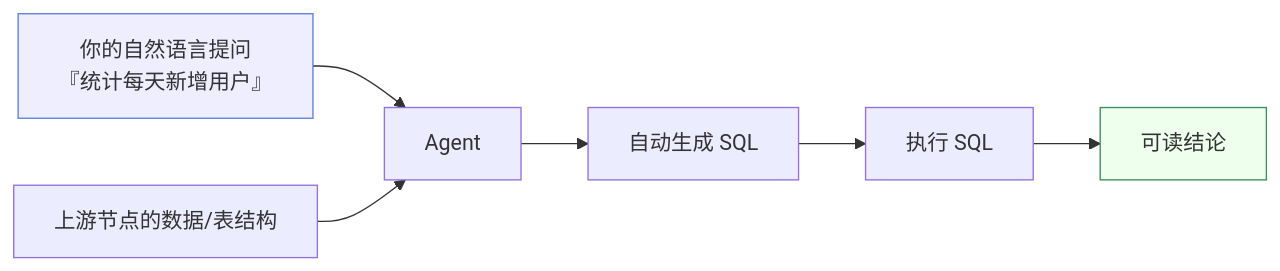
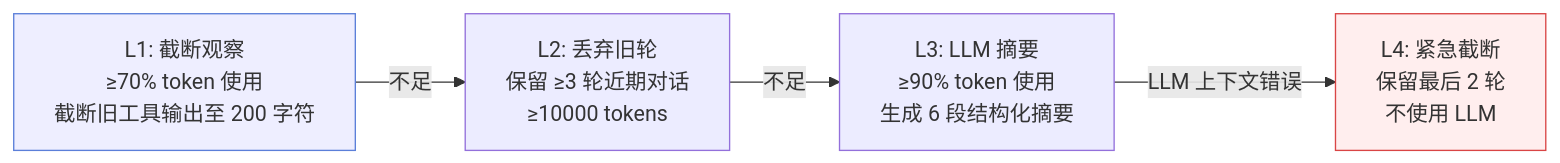
Before and after one commit to shixia9/MustBeTheSQL: the fourth of 5 diagrams in sql-logic-docs/docs/constructure/concepts.md, drawn with Mermaid. The commit also changed other lines of this file and 11 other files, not shown here.

````diff
--- a/sql-logic-docs/docs/constructure/concepts.md
+++ b/sql-logic-docs/docs/constructure/concepts.md
@@ -64,10 +96,8 @@
 ```mermaid
 flowchart LR
-  Q["你的自然语言提问<br/>『统计每天新增用户』"] --> Agent
-  Up["上游节点的数据/表结构"] --> Agent
-  Agent --> SQL["自动生成 SQL"]
-  SQL --> Run["执行 SQL"]
-  Run --> Out["可读结论"]
-  style Q fill:#eef,stroke:#5b7fd9
-  style Out fill:#efe,stroke:#3b8c5e
+  L1["L1: 截断观察<br/>≥70% token 使用<br/>截断旧工具输出至 200 字符"] -->|"不足"| L2["L2: 丢弃旧轮<br/>保留 ≥3 轮近期对话<br/>≥10000 tokens"]
+  L2 -->|"不足"| L3["L3: LLM 摘要<br/>≥90% token 使用<br/>生成 6 段结构化摘要"]
+  L3 -->|"LLM 上下文错误"| L4["L4: 紧急截断<br/>保留最后 2 轮<br/>不使用 LLM"]
+  style L1 fill:#eef,stroke:#5b7fd9
+  style L4 fill:#fee,stroke:#d94545
 ```
````
